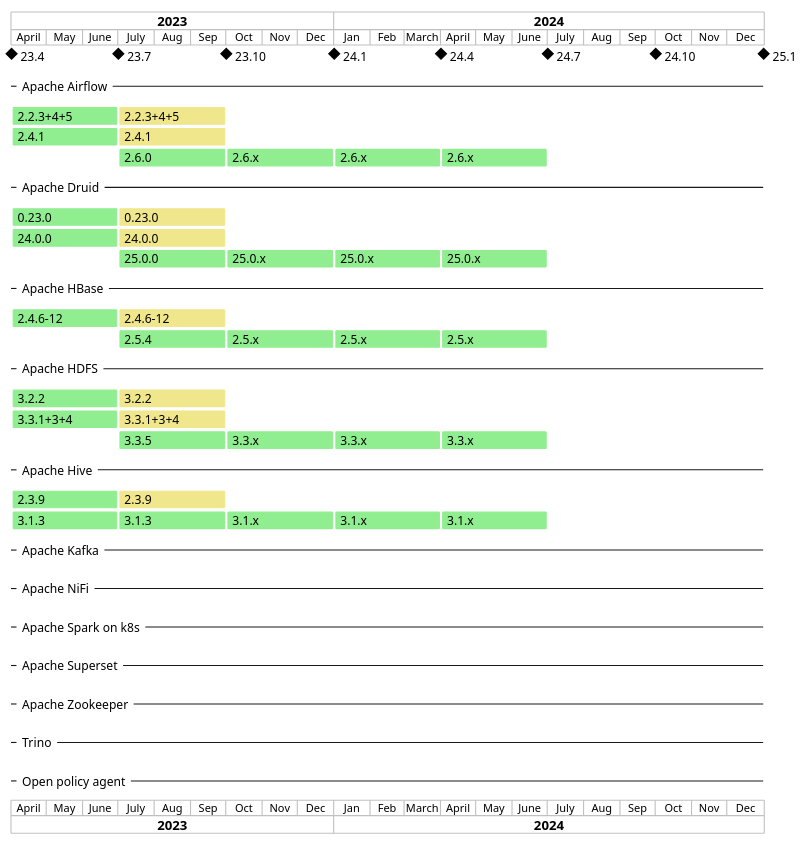
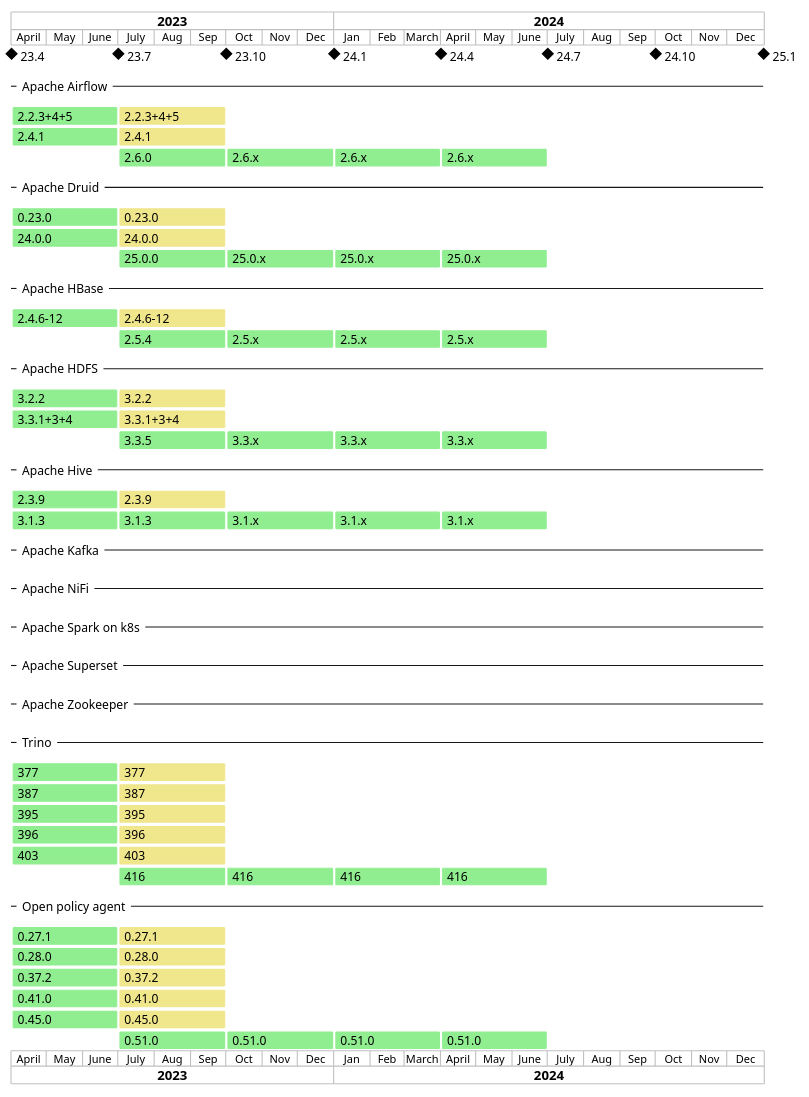
Before and after one commit to stackabletech/documentation: the diagram in modules/contributor/images/adr/29-product-versions.plantuml, drawn with PlantUML. The commit also changed 1 other file, not shown here.

Commit message:
Upgrade diagram

```diff
--- a/modules/contributor/images/adr/29-product-versions.plantuml
+++ b/modules/contributor/images/adr/29-product-versions.plantuml
@@ -1,93 +1,138 @@
 @startgantt product-versions
 printscale monthly
 Project starts the 2023-04-01
 
 [23.4]  happens 2023-04-01
 [23.7]  happens 2023-07-01 and displays on same row as [23.4]
 [23.10] happens 2023-10-01 and displays on same row as [23.4]
 [24.1]  happens 2024-01-01 and displays on same row as [23.4]
 [24.4]  happens 2024-04-01 and displays on same row as [23.4]
 [24.7]  happens 2024-07-01 and displays on same row as [23.4]
 [24.10] happens 2024-10-01 and displays on same row as [23.4]
 [25.1]  happens 2025-01-01 and displays on same row as [23.4]
 
 -- Apache Airflow --
 [2.2.3+4+5]    starts 2023-04-01 and ends 2023-07-01 and is colored in LightGreen
 [2.2.3+4+5 ]   starts 2023-07-01 and ends 2023-10-01 and is colored in Khaki
 [2.2.3+4+5 ]   displays on same row as [2.2.3+4+5]
 [2.4.1]        starts 2023-04-01 and ends 2023-07-01 and is colored in LightGreen
 [2.4.1 ]       starts 2023-07-01 and ends 2023-10-01 and is colored in Khaki
 [2.4.1 ]       displays on same row as [2.4.1]
 [2.6.0]        starts 2023-07-01 and ends 2023-10-01 and is colored in LightGreen
 [2.6.x]        starts 2023-10-01 and ends 2024-01-01 and is colored in LightGreen
 [2.6.x]        displays on same row as [2.6.0]
 [2.6.x ]       starts 2024-01-01 and ends 2024-04-01 and is colored in LightGreen
 [2.6.x ]       displays on same row as [2.6.0]
 [2.6.x  ]      starts 2024-04-01 and ends 2024-07-01 and is colored in LightGreen
 [2.6.x  ]      displays on same row as [2.6.0]
 
 -- Apache Druid --
 [0.23.0]       starts 2023-04-01 and ends 2023-07-01 and is colored in LightGreen
 [0.23.0 ]      starts 2023-07-01 and ends 2023-10-01 and is colored in Khaki
 [0.23.0 ]      displays on same row as [0.23.0]
 [24.0.0]       starts 2023-04-01 and ends 2023-07-01 and is colored in LightGreen
 [24.0.0 ]      starts 2023-07-01 and ends 2023-10-01 and is colored in Khaki
 [24.0.0 ]      displays on same row as [24.0.0]
 [25.0.0]       starts 2023-07-01 and ends 2023-10-01 and is colored in LightGreen
 [25.0.x]       starts 2023-10-01 and ends 2024-01-01 and is colored in LightGreen
 [25.0.x]       displays on same row as [25.0.0]
 [25.0.x ]      starts 2024-01-01 and ends 2024-04-01 and is colored in LightGreen
 [25.0.x ]      displays on same row as [25.0.0]
 [25.0.x  ]     starts 2024-04-01 and ends 2024-07-01 and is colored in LightGreen
 [25.0.x  ]     displays on same row as [25.0.0]
 
 -- Apache HBase --
 [2.4.6-12]     starts 2023-04-01 and ends 2023-07-01 and is colored in LightGreen
 [2.4.6-12 ]    starts 2023-07-01 and ends 2023-10-01 and is colored in Khaki
 [2.4.6-12 ]    displays on same row as [2.4.6-12]
 [2.5.4]        starts 2023-07-01 and ends 2023-10-01 and is colored in LightGreen
 [2.5.x]        starts 2023-10-01 and ends 2024-01-01 and is colored in LightGreen
 [2.5.x]        displays on same row as [2.5.4]
 [2.5.x ]       starts 2024-01-01 and ends 2024-04-01 and is colored in LightGreen
 [2.5.x ]       displays on same row as [2.5.4]
 [2.5.x  ]      starts 2024-04-01 and ends 2024-07-01 and is colored in LightGreen
 [2.5.x  ]      displays on same row as [2.5.4]
 
 -- Apache HDFS --
 [3.2.2]        starts 2023-04-01 and ends 2023-07-01 and is colored in LightGreen
 [3.2.2 ]       starts 2023-07-01 and ends 2023-10-01 and is colored in Khaki
 [3.2.2 ]       displays on same row as [3.2.2]
 [3.3.1+3+4]    starts 2023-04-01 and ends 2023-07-01 and is colored in LightGreen
 [3.3.1+3+4 ]   starts 2023-07-01 and ends 2023-10-01 and is colored in Khaki
 [3.3.1+3+4 ]   displays on same row as [3.3.1+3+4]
 [3.3.5]        starts 2023-07-01 and ends 2023-10-01 and is colored in LightGreen
 [3.3.x]        starts 2023-10-01 and ends 2024-01-01 and is colored in LightGreen
 [3.3.x]        displays on same row as [3.3.5]
 [3.3.x ]       starts 2024-01-01 and ends 2024-04-01 and is colored in LightGreen
 [3.3.x ]       displays on same row as [3.3.5]
 [3.3.x  ]      starts 2024-04-01 and ends 2024-07-01 and is colored in LightGreen
 [3.3.x  ]      displays on same row as [3.3.5]
 
 -- Apache Hive --
 [2.3.9]        starts 2023-04-01 and ends 2023-07-01 and is colored in LightGreen
 [2.3.9 ]       starts 2023-07-01 and ends 2023-10-01 and is colored in Khaki
 [2.3.9 ]       displays on same row as [2.3.9]
 [3.1.3]        starts 2023-04-01 and ends 2023-07-01 and is colored in LightGreen
 [3.1.3 ]       starts 2023-07-01 and ends 2023-10-01 and is colored in LightGreen
 [3.1.3 ]       displays on same row as [3.1.3]
 [3.1.x ]       starts 2023-10-01 and ends 2024-01-01 and is colored in LightGreen
 [3.1.x ]       displays on same row as [3.1.3]
 [3.1.x  ]      starts 2024-01-01 and ends 2024-04-01 and is colored in LightGreen
 [3.1.x  ]      displays on same row as [3.1.3]
 [3.1.x   ]     starts 2024-04-01 and ends 2024-07-01 and is colored in LightGreen
 [3.1.x   ]     displays on same row as [3.1.3]
 
 -- Apache Kafka --
 -- Apache NiFi --
 -- Apache Spark on k8s --
 -- Apache Superset --
 -- Apache Zookeeper --
 -- Trino --
+[377]          starts 2023-04-01 and ends 2023-07-01 and is colored in LightGreen
+[377 ]         starts 2023-07-01 and ends 2023-10-01 and is colored in Khaki
+[377 ]         displays on same row as [377]
+[387]          starts 2023-04-01 and ends 2023-07-01 and is colored in LightGreen
+[387 ]         starts 2023-07-01 and ends 2023-10-01 and is colored in Khaki
+[387 ]         displays on same row as [387]
+[395]          starts 2023-04-01 and ends 2023-07-01 and is colored in LightGreen
+[395 ]         starts 2023-07-01 and ends 2023-10-01 and is colored in Khaki
+[395 ]         displays on same row as [395]
+[396]          starts 2023-04-01 and ends 2023-07-01 and is colored in LightGreen
+[396 ]         starts 2023-07-01 and ends 2023-10-01 and is colored in Khaki
+[396 ]         displays on same row as [396]
+[403]          starts 2023-04-01 and ends 2023-07-01 and is colored in LightGreen
+[403 ]         starts 2023-07-01 and ends 2023-10-01 and is colored in Khaki
+[403 ]         displays on same row as [403]
+[416]          starts 2023-07-01 and ends 2023-10-01 and is colored in LightGreen
+[416 ]         starts 2023-10-01 and ends 2024-01-01 and is colored in LightGreen
+[416 ]         displays on same row as [416]
+[416  ]        starts 2024-01-01 and ends 2024-04-01 and is colored in LightGreen
+[416  ]        displays on same row as [416]
+[416   ]       starts 2024-04-01 and ends 2024-07-01 and is colored in LightGreen
+[416   ]       displays on same row as [416]
+
 -- Open policy agent --
+[0.27.1]       starts 2023-04-01 and ends 2023-07-01 and is colored in LightGreen
+[0.27.1 ]      starts 2023-07-01 and ends 2023-10-01 and is colored in Khaki
+[0.27.1 ]      displays on same row as [0.27.1]
+[0.28.0]       starts 2023-04-01 and ends 2023-07-01 and is colored in LightGreen
+[0.28.0 ]      starts 2023-07-01 and ends 2023-10-01 and is colored in Khaki
+[0.28.0 ]      displays on same row as [0.28.0]
+[0.37.2]       starts 2023-04-01 and ends 2023-07-01 and is colored in LightGreen
+[0.37.2 ]      starts 2023-07-01 and ends 2023-10-01 and is colored in Khaki
+[0.37.2 ]      displays on same row as [0.37.2]
+[0.41.0]       starts 2023-04-01 and ends 2023-07-01 and is colored in LightGreen
+[0.41.0 ]      starts 2023-07-01 and ends 2023-10-01 and is colored in Khaki
+[0.41.0 ]      displays on same row as [0.41.0]
+[0.45.0]       starts 2023-04-01 and ends 2023-07-01 and is colored in LightGreen
+[0.45.0 ]      starts 2023-07-01 and ends 2023-10-01 and is colored in Khaki
+[0.45.0 ]      displays on same row as [0.45.0]
+[0.51.0]       starts 2023-07-01 and ends 2023-10-01 and is colored in LightGreen
+[0.51.0 ]      starts 2023-10-01 and ends 2024-01-01 and is colored in LightGreen
+[0.51.0 ]      displays on same row as [0.51.0]
+[0.51.0  ]     starts 2024-01-01 and ends 2024-04-01 and is colored in LightGreen
+[0.51.0  ]     displays on same row as [0.51.0]
+[0.51.0   ]    starts 2024-04-01 and ends 2024-07-01 and is colored in LightGreen
+[0.51.0   ]    displays on same row as [0.51.0]
 
 @endgantt
```
